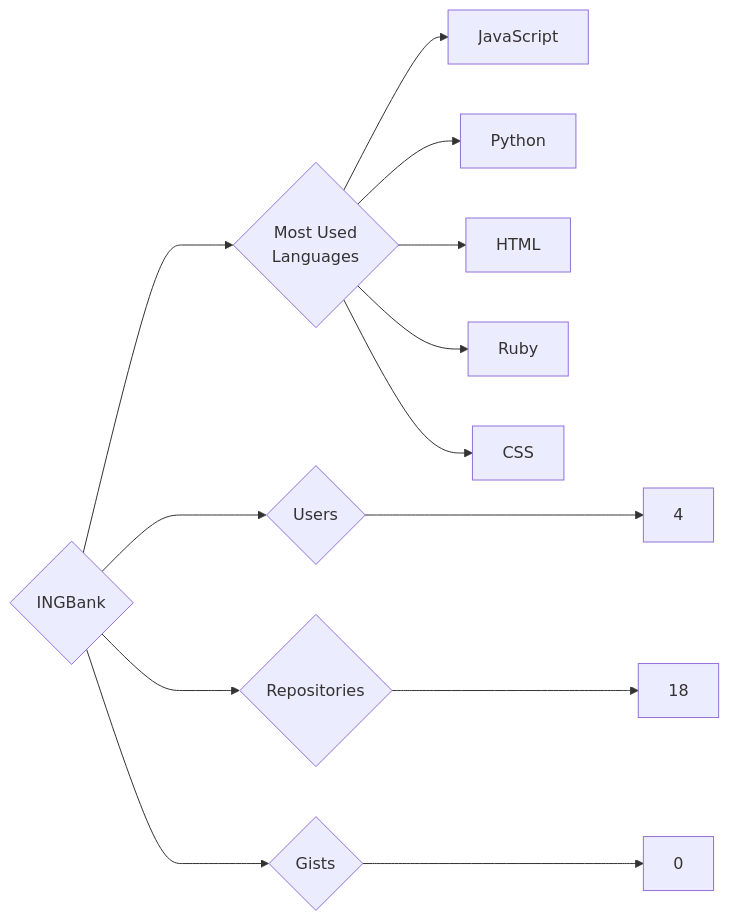
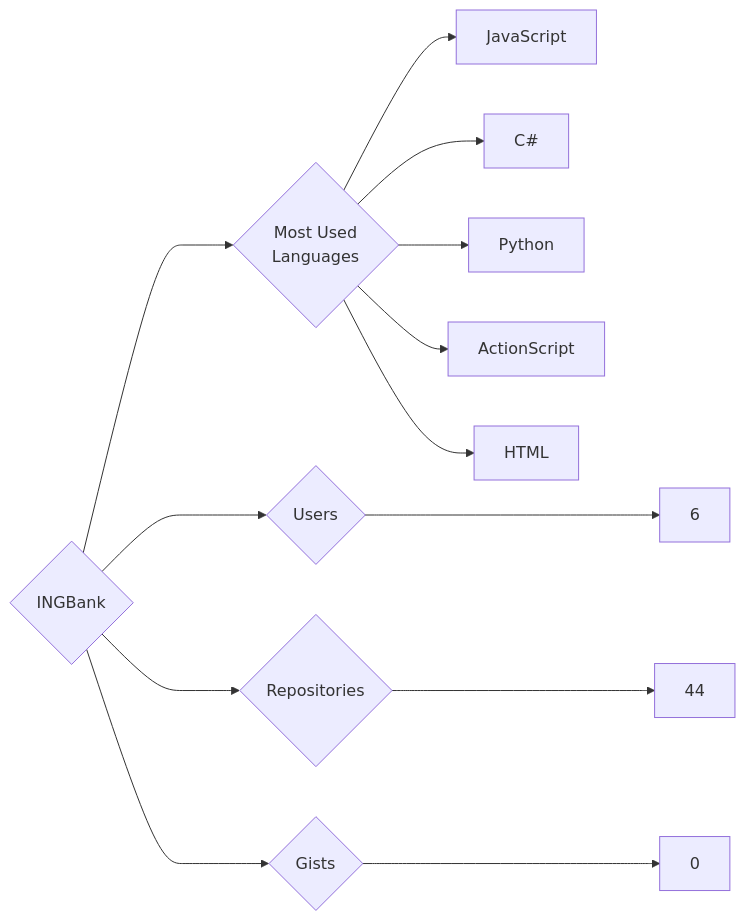
The diagram in targets/INGBank/README.md (trickest/insiders), drawn with Mermaid before and after one commit. The commit also changed 1195 other files, not shown here.

````diff
--- a/targets/INGBank/README.md
+++ b/targets/INGBank/README.md
@@ -3,13 +3,13 @@
 ```mermaid
 graph LR
 COMPANY_NAME{INGBank}
-COMPANY_NAME ---> U{Users} ---> UN[4]
-COMPANY_NAME ---> R{Repositories} ---> RN[18]
+COMPANY_NAME ---> U{Users} ---> UN[6]
+COMPANY_NAME ---> R{Repositories} ---> RN[44]
 COMPANY_NAME ---> G{Gists} ---> GN[0]
 COMPANY_NAME ---> ML{Most Used<br>Languages}
 ML --> JavaScript[JavaScript]
+ML --> C#[C#]
 ML --> Python[Python]
+ML --> ActionScript[ActionScript]
 ML --> HTML[HTML]
-ML --> Ruby[Ruby]
-ML --> CSS[CSS]
 ```
````
